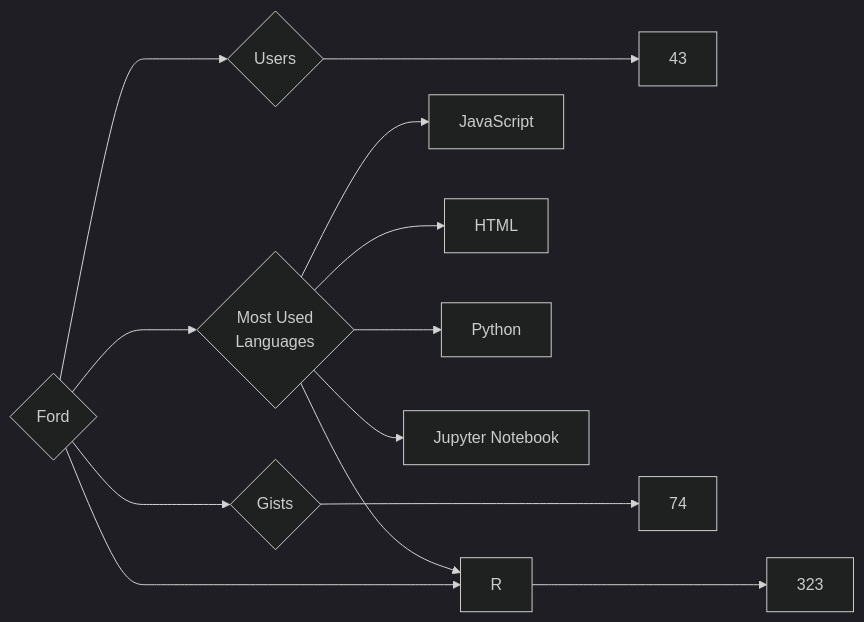
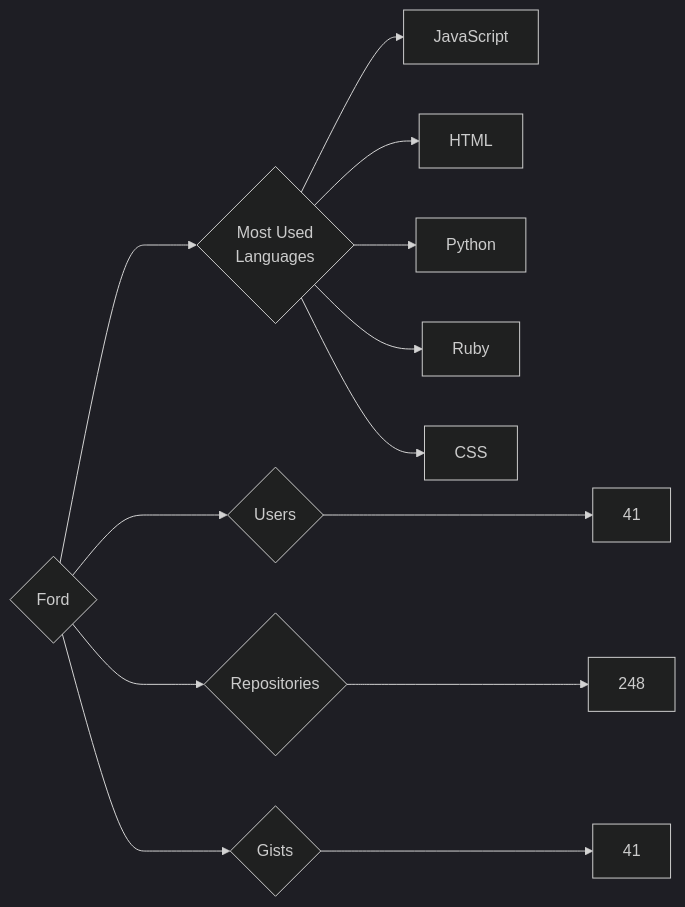
The diagram in targets/Ford/README.md (trickest/insiders), drawn with Mermaid (dark theme) before and after one commit. The commit also changed 914 other files, not shown here.

````diff
--- a/targets/Ford/README.md
+++ b/targets/Ford/README.md
@@ -3,13 +3,13 @@
 ```mermaid
 graph LR
 COMPANY_NAME{Ford}
-COMPANY_NAME ---> U{Users} ---> UN[43]
-COMPANY_NAME ---> R{Repositories} ---> RN[323]
-COMPANY_NAME ---> G{Gists} ---> GN[74]
+COMPANY_NAME ---> U{Users} ---> UN[41]
+COMPANY_NAME ---> R{Repositories} ---> RN[248]
+COMPANY_NAME ---> G{Gists} ---> GN[41]
 COMPANY_NAME ---> ML{Most Used<br>Languages}
 ML --> JavaScript[JavaScript]
 ML --> HTML[HTML]
 ML --> Python[Python]
-ML --> R[R]
-ML --> Jupyter_Notebook[Jupyter Notebook]
+ML --> Ruby[Ruby]
+ML --> CSS[CSS]
 ```
````
